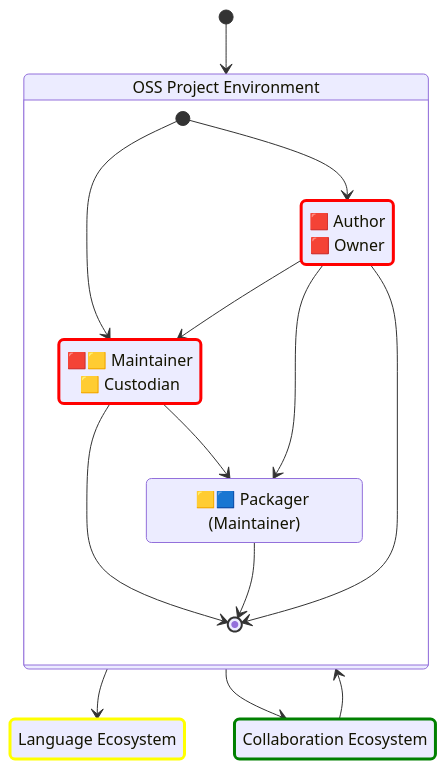
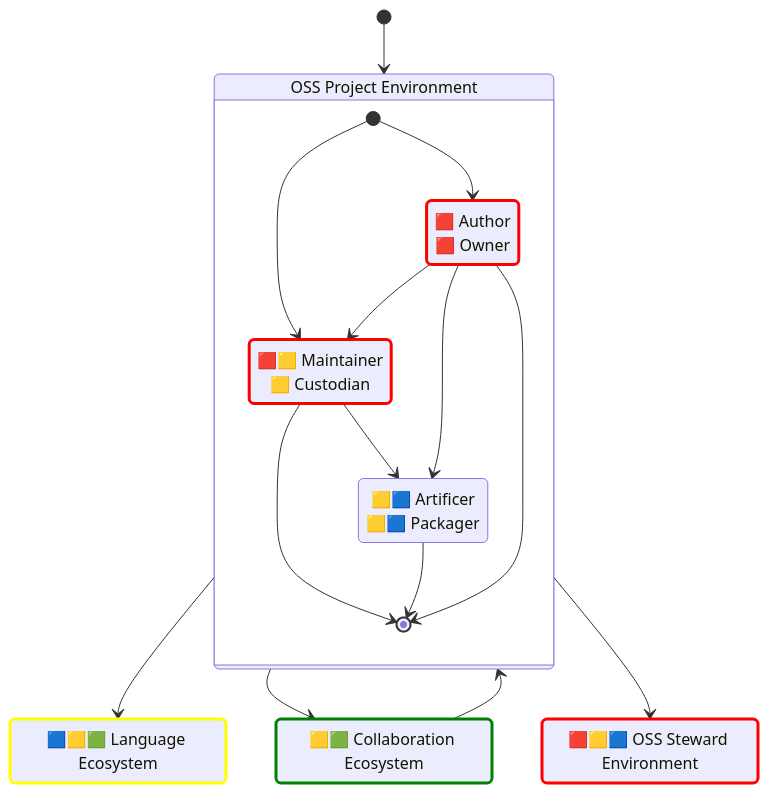
The fourth of 5 diagrams in docs/supplychain-sbom.md (CPAN-Security/security.metacpan.org), drawn with Mermaid before and after one commit. The commit also changed other lines of this file, not shown here.

First line of the commit message:
Reorg of supply-chain grahps

````diff
--- a/docs/supplychain-sbom.md
+++ b/docs/supplychain-sbom.md
@@ -461,50 +478,55 @@
 ```mermaid
 stateDiagram-v2
     direction TB
-    accTitle: An Idealized Open Source Supply-chain Graph
+    accTitle: An Idealized Open Source Supply-chain Graph, OSS Project perspective
     %%accDescr: This graph illustrates how different types of development environments and ecosystems interconnect, what kind of roles you may find in these, and what type of metadata operations they may care to do
 
     %%
     classDef createsSBOM stroke:red,stroke-width:3px;
     classDef assemblesSBOM stroke:yellow,stroke-width:3px,stroke-dasharray:15 5;
     classDef updatesSBOM stroke:yellow,stroke-width:3px;
     classDef distributesSBOM stroke:green,stroke-width:3px;
     classDef verifiesSBOM stroke:#07f,stroke-width:3px;
     classDef censorsSBOM stroke:#07f,stroke-width:3px;
     classDef ignoresSBOM stroke:#777,stroke-width:3px;
 
     %% OSS Project Environment
-    state "🟥 Author<br>🟥 Owner" as opensource_author
-    state "🟥🟨 Maintainer<br>🟨 Custodian" as opensource_maintainer
-    state "🟨🟦 Packager (Maintainer)" as language_packager
+    state "🟥 Author<br>🟥 Owner" as project_author
+    state "🟥🟨 Maintainer<br>🟨 Custodian" as project_maintainer
+    state "🟨🟦 Artificer<br>🟨🟦 Packager" as language_packager
     %%
-    state "OSS Project Environment" as environment_opensource {
-        [*] --> opensource_author
-        [*] --> opensource_maintainer
-        opensource_author  --> opensource_maintainer
-        opensource_maintainer --> language_packager
-        opensource_author --> language_packager
-        opensource_maintainer --> [*]
+    state "OSS Project Environment" as environment_project {
+        [*] --> project_author
+        [*] --> project_maintainer
+        project_author  --> project_maintainer
+        project_maintainer --> language_packager
+        project_author --> language_packager
+        project_maintainer --> [*]
         language_packager --> [*]
-        opensource_author --> [*]
+        project_author --> [*]
     }
     %%
-    class opensource_author createsSBOM
-    class opensource_maintainer createsSBOM
+    class project_author createsSBOM
+    class project_maintainer createsSBOM
     class ecosystem_repo distributesSBOM
     class ecosystem_lang updatesSBOM
+    class environment_steward createsSBOM
 
-    [*] --> environment_opensource
+    [*] --> environment_project
 
     %% Language Ecosystem
-    state "Language Ecosystem" as ecosystem_lang
-    environment_opensource --> ecosystem_lang
+    state "🟦🟨🟩 Language Ecosystem" as ecosystem_lang
+    environment_project --> ecosystem_lang
 
     %% Collaboration Ecosystem
-    state "Collaboration Ecosystem" as ecosystem_repo
-    environment_opensource --> ecosystem_repo
-    ecosystem_repo         --> environment_opensource
+    state "🟨🟩 Collaboration Ecosystem" as ecosystem_repo
+    environment_project --> ecosystem_repo
+    environment_project --> environment_steward
+    ecosystem_repo      --> environment_project
+
+    %% OSS Steward Environment
+    state "🟥🟨🟦 OSS Steward Environment" as environment_steward
 
     %% Copyright © 2024 Salve J. Nilsen <sjn@oslo.pm>
     %% Some rights reserved. Licensed CC-BY-SA-4.0
 ```
````
